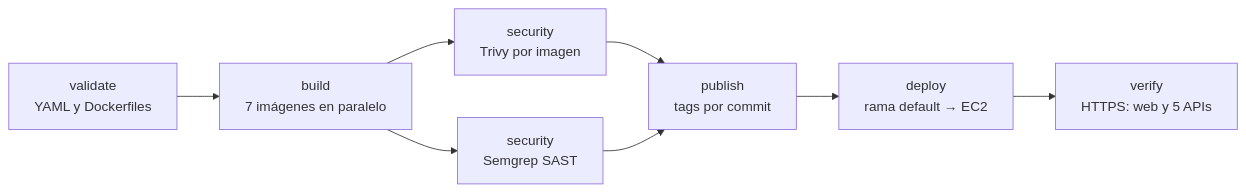
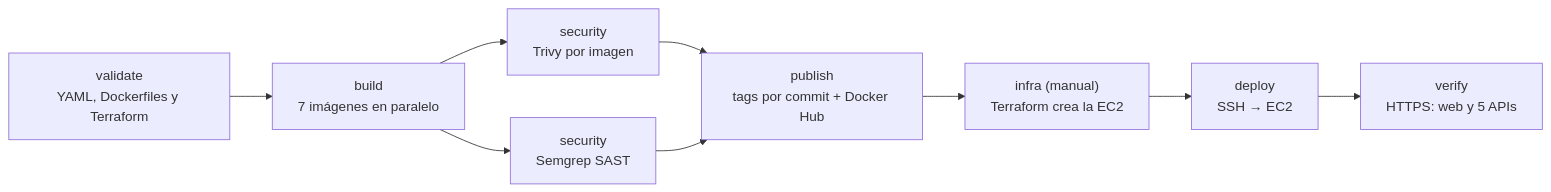
The diagram in PIPELINE.md (agusgut0/fintech-nova), drawn with Mermaid before and after one commit. The commit also changed other lines of this file and 12 other files, not shown here.

````diff
--- a/PIPELINE.md
+++ b/PIPELINE.md
@@ -10,10 +10,11 @@
 ```mermaid
 flowchart LR
-    V["validate<br/>YAML y Dockerfiles"] --> B["build<br/>7 imágenes en paralelo"]
+    V["validate<br/>YAML, Dockerfiles y Terraform"] --> B["build<br/>7 imágenes en paralelo"]
     B --> S["security<br/>Trivy por imagen"]
     B --> G["security<br/>Semgrep SAST"]
-    S --> P["publish<br/>tags por commit"]
+    S --> P["publish<br/>tags por commit + Docker Hub"]
     G --> P
-    P --> D["deploy<br/>rama default → EC2"]
+    P --> I["infra (manual)<br/>Terraform crea la EC2"]
+    I --> D["deploy<br/>SSH → EC2"]
     D --> T["verify<br/>HTTPS: web y 5 APIs"]
 ```
````
